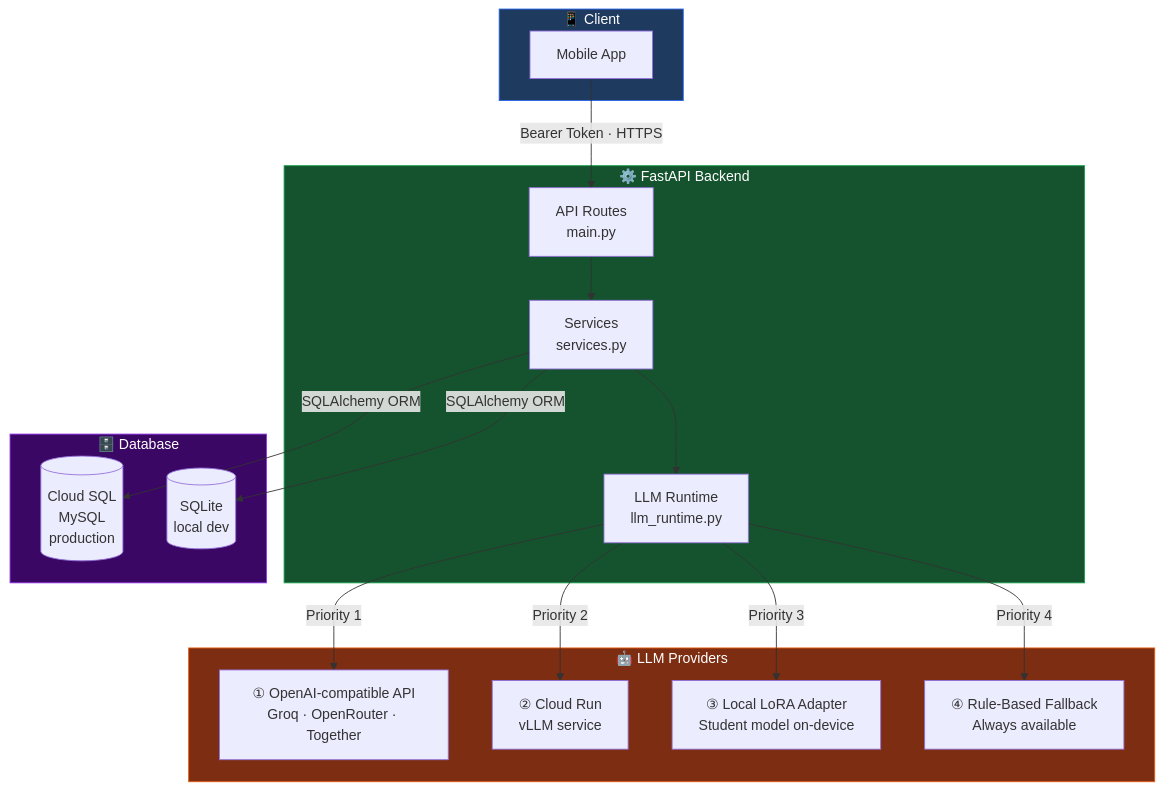
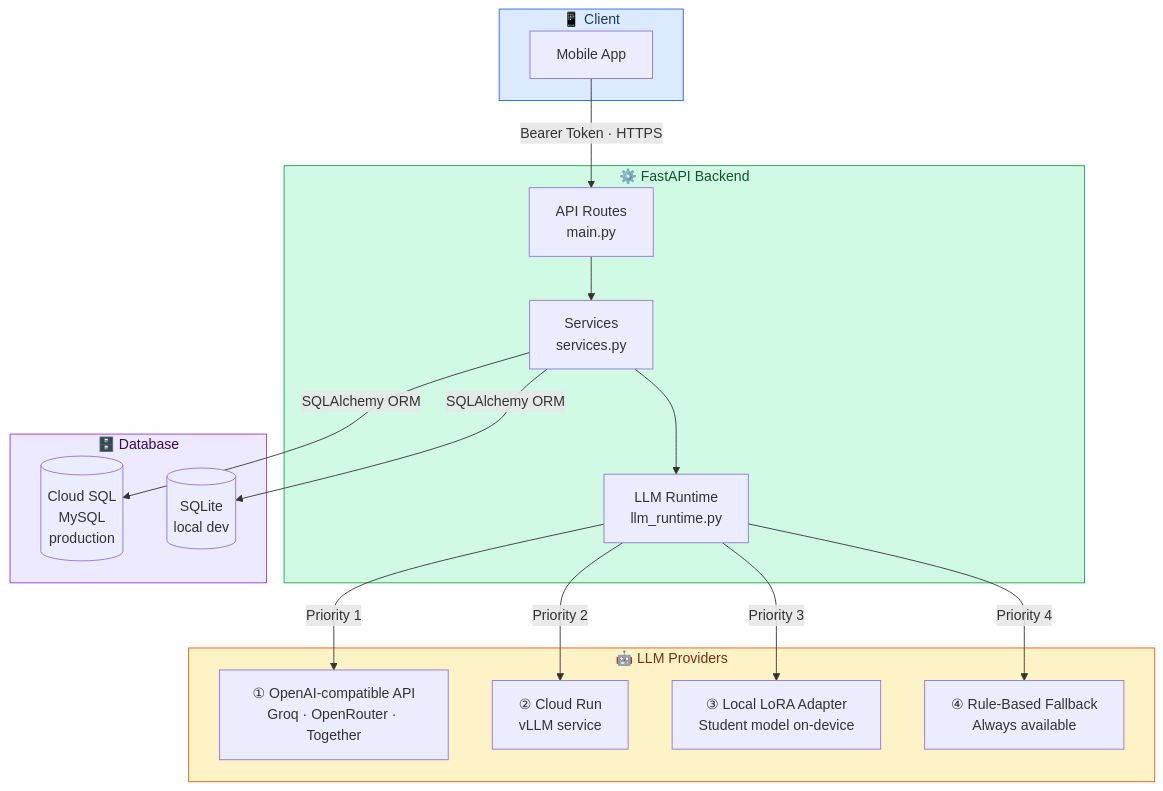
One commit to abhinavdev24/FitSenseAI changed the first of 4 diagrams in backend/README.md. Above: the diagram before and after it, drawn with Mermaid. The commit also changed other lines of this file and 2 other files, not shown here.

Commit message:
feat: Update mermaid diagram styles in README.md and backend/README.md for improved visual clarity

````diff
--- a/backend/README.md
+++ b/backend/README.md
@@ -62,38 +62,38 @@
 ```mermaid
 flowchart TD
     subgraph Client["📱 Client"]
-        style Client fill:#1E3A5F,color:#fff,stroke:#2563EB
+        style Client fill:#dbeafe,color:#1e3a5f,stroke:#2563EB
         MA[Mobile App]
     end
 
     subgraph Backend["⚙️ FastAPI Backend"]
-        style Backend fill:#14532D,color:#fff,stroke:#16A34A
+        style Backend fill:#d1fae5,color:#14532d,stroke:#16A34A
         API[API Routes\nmain.py]
         SVC[Services\nservices.py]
         LLM[LLM Runtime\nllm_runtime.py]
         API --> SVC
         SVC --> LLM
     end
 
     subgraph DB["🗄️ Database"]
-        style DB fill:#3B0764,color:#fff,stroke:#9333EA
+        style DB fill:#ede9fe,color:#3b0764,stroke:#9333EA
         MySQL[(Cloud SQL\nMySQL\nproduction)]
         SQLite[(SQLite\nlocal dev)]
     end
 
     subgraph LLMProviders["🤖 LLM Providers"]
-        style LLMProviders fill:#7C2D12,color:#fff,stroke:#EA580C
+        style LLMProviders fill:#fef3c7,color:#7c2d12,stroke:#EA580C
         P1["① OpenAI-compatible API\nGroq · OpenRouter · Together"]
         P2["② Cloud Run\nvLLM service"]
         P3["③ Local LoRA Adapter\nStudent model on-device"]
         P4["④ Rule-Based Fallback\nAlways available"]
     end
 
     MA -->|"Bearer Token · HTTPS"| API
     SVC -->|"SQLAlchemy ORM"| MySQL
     SVC -->|"SQLAlchemy ORM"| SQLite
     LLM -->|"Priority 1"| P1
     LLM -->|"Priority 2"| P2
     LLM -->|"Priority 3"| P3
     LLM -->|"Priority 4"| P4
 ```
````
